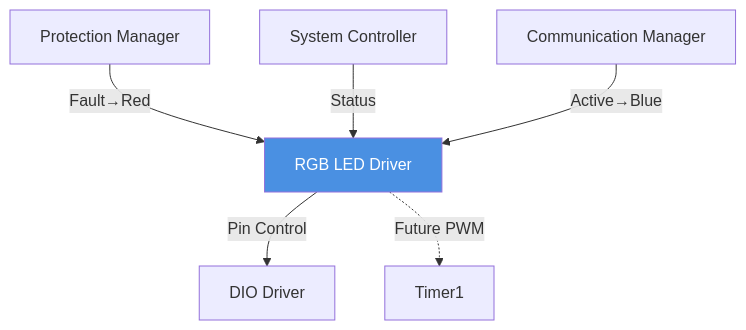
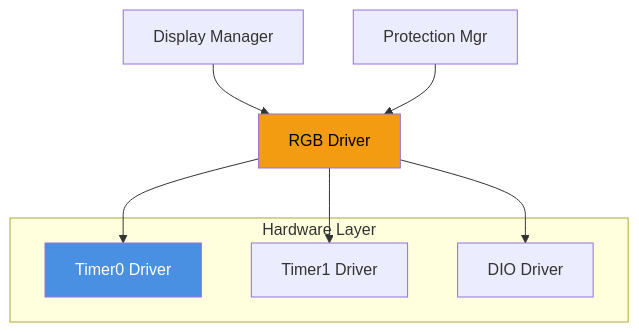
Before and after one commit to Gestell-Solution/Smart_Energy_Management_System: the fifth of 5 diagrams in Doc/Embedded/New/06_ImplementationDoc/Software_Layers/HAL_Layer/RGB_LED/RGB_LED_Driver.md, drawn with Mermaid. The commit also changed other lines of this file and 30 other files, not shown here.

````diff
--- a/Doc/Embedded/New/06_ImplementationDoc/Software_Layers/HAL_Layer/RGB_LED/RGB_LED_Driver.md
+++ b/Doc/Embedded/New/06_ImplementationDoc/Software_Layers/HAL_Layer/RGB_LED/RGB_LED_Driver.md
@@ -147,11 +301,18 @@
 ```mermaid
-graph TB
-    PROT[Protection Manager] -->|Fault→Red| RGB[RGB LED Driver]
-    SYS[System Controller] -->|Status| RGB
-    COMM[Communication Manager] -->|Active→Blue| RGB
+graph TD
+    RGB[RGB Driver] --> TIM0[Timer0 Driver]
+    RGB --> TIM1[Timer1 Driver]
+    RGB --> DIO[DIO Driver]
 
-    RGB -->|Pin Control| DIO[DIO Driver]
-    RGB -.->|Future PWM| TIMER1[Timer1]
+    APP[Display Manager] --> RGB
+    PROT[Protection Mgr] --> RGB
 
-    style RGB fill:#4A90E2,color:#fff
+    subgraph "Hardware Layer"
+       TIM0
+       TIM1
+       DIO
+    end
+
+    style RGB fill:#F39C12,color:#000
+    style TIM0 fill:#4A90E2,color:#fff
 ```
````
